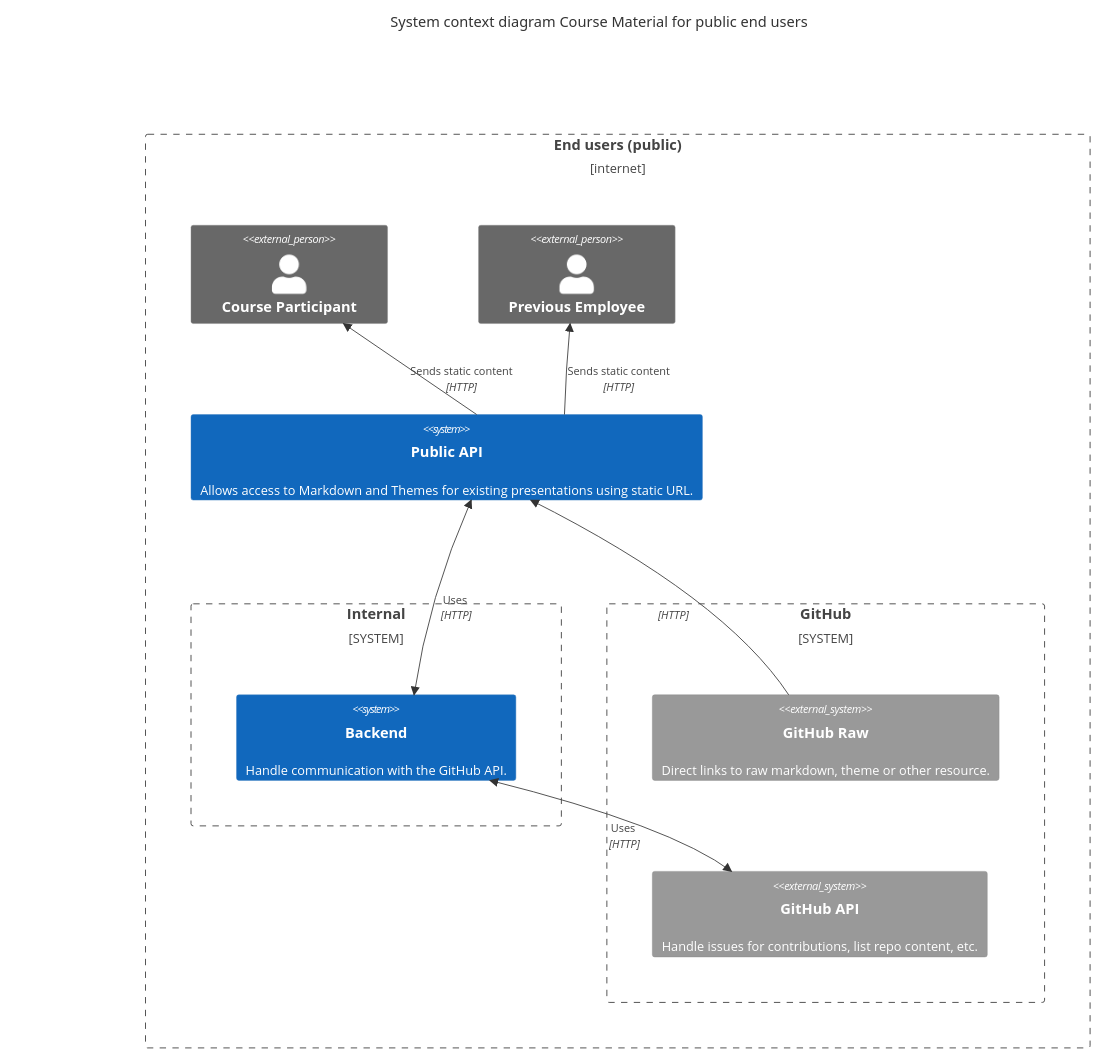
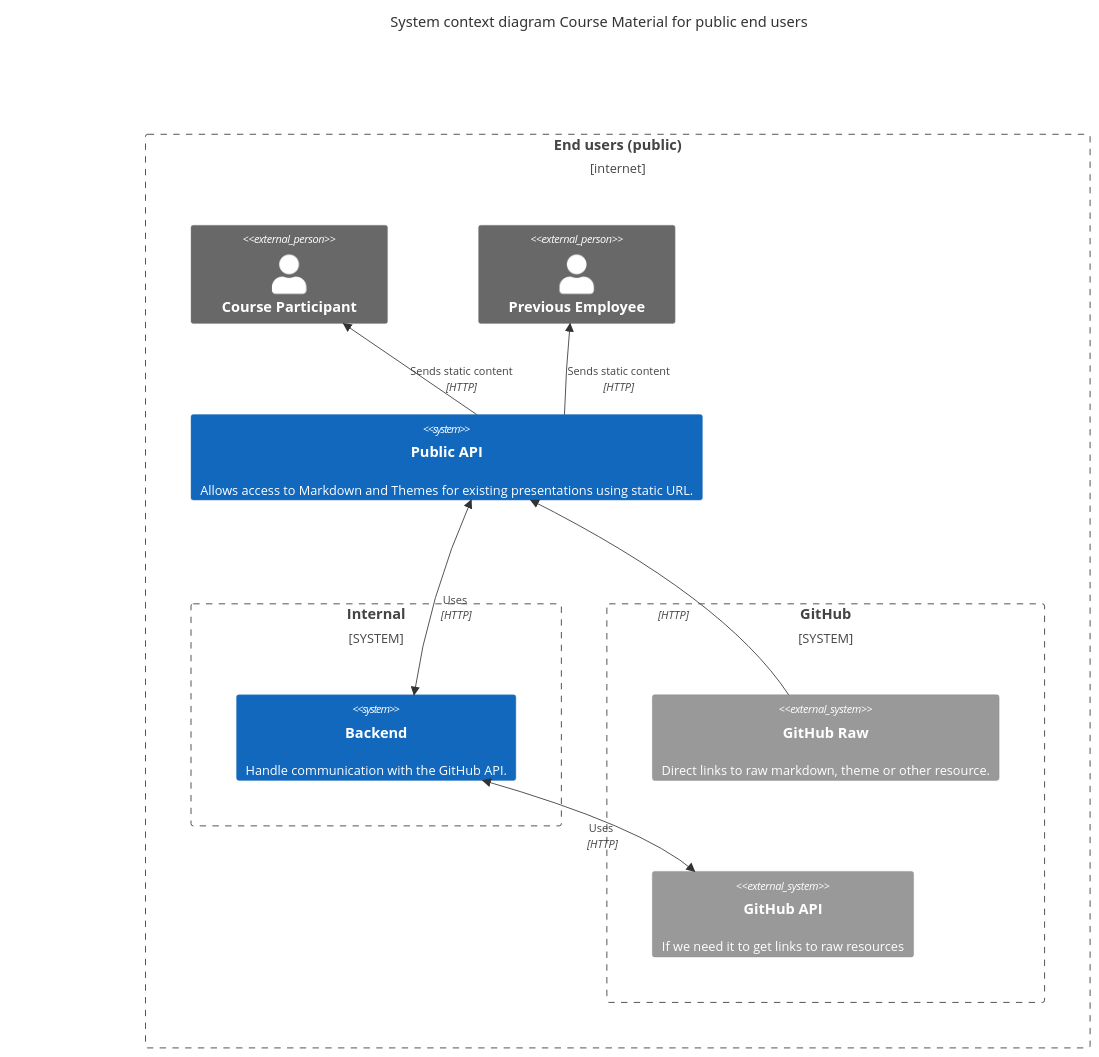
Before and after one commit to angelstam/course-material-system: the first of 2 diagrams in README.md, drawn with Mermaid. The commit also changed other lines of this file, not shown here.

Commit message:
Add descriptions to the context diagrams to README.md.

````diff
--- a/README.md
+++ b/README.md
@@ -5,31 +7,31 @@
 ```mermaid
 C4Context
     title System context diagram Course Material for public end users
 
     Boundary(b0, "End users (public)", "internet") {
         Person_Ext(userA, "Course Participant", "")
         Person_Ext(userB, "Previous Employee")
 
         System(SystemAPI, "Public API", "Allows access to Markdown and Themes for existing presentations using static URL.")
 
         %% Static content from public API
         Rel(SystemAPI, userA, "Sends static content", "HTTP")
         Rel(SystemAPI, userB, "Sends static content", "HTTP")
 
         %% Inter system communication
         Rel(SystemGithubRAW, SystemAPI, "", "HTTP")
         BiRel(SystemGithubAPI, SystemService, "Uses", "HTTP")
         BiRel(SystemService, SystemAPI, "Uses", "HTTP")
 
         System_Boundary(b1, "Internal") {
             System(SystemService, "Backend", "Handle communication with the GitHub API.")
         }
 
         System_Boundary(bGithub, "GitHub") {
             System_Ext(SystemGithubRAW, "GitHub Raw", "Direct links to raw markdown, theme or other resource.")
-            System_Ext(SystemGithubAPI, "GitHub API", "Handle issues for contributions, list repo content, etc.")
+            System_Ext(SystemGithubAPI, "GitHub API", "If we need it to get links to raw resources")
         }
     }
 
     UpdateLayoutConfig($c4ShapeInRow="2", $c4BoundaryInRow="2")
 ```
````
